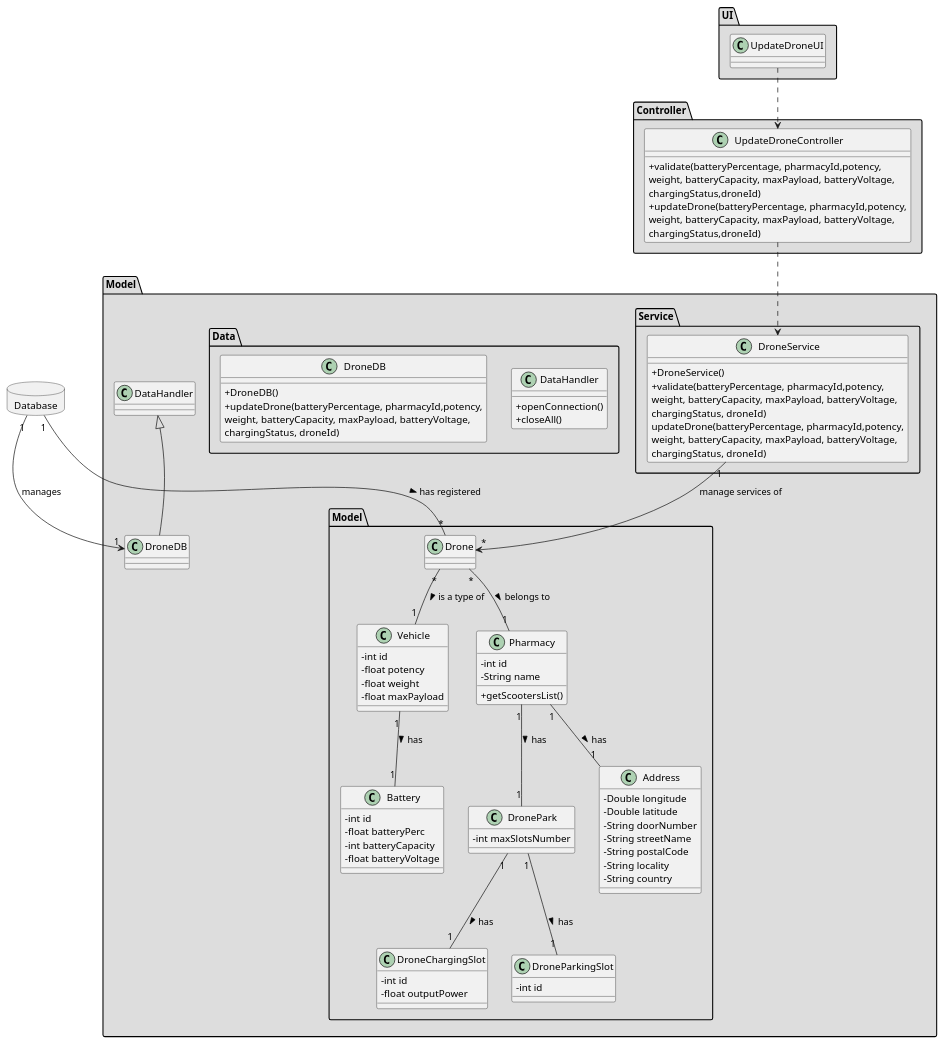
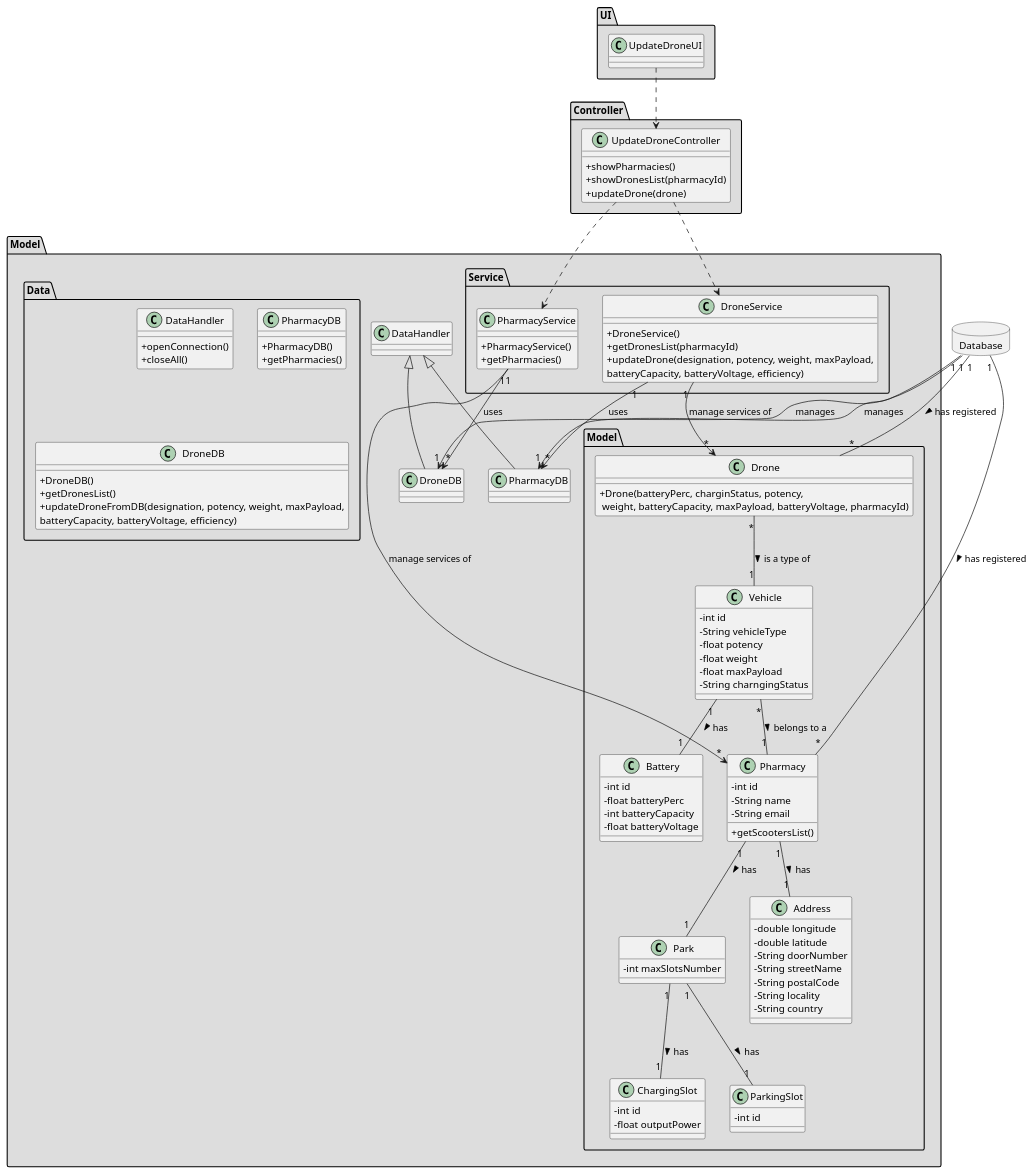
One commit to tiagoavcosta25/LAPR3 changed the diagram in docs/Iteration 3/Drone Management/Refinement/US195_UpdateDrone/US195_CD.puml. Above: the diagram before and after it, drawn with PlantUML. The commit also changed 16 other files, not shown here.

```diff
--- a/docs/Iteration 3/Drone Management/Refinement/US195_UpdateDrone/US195_CD.puml
+++ b/docs/Iteration 3/Drone Management/Refinement/US195_UpdateDrone/US195_CD.puml
@@ -1,109 +1,130 @@
 @startuml
 skinparam classAttributeIconSize 0
 
 database Database {
 }
 
 package "UI" #DDDDDD {
 class UpdateDroneUI{
 }
 }
 
 package "Controller" #DDDDDD {
 class UpdateDroneController{
-+validate(batteryPercentage, pharmacyId,potency,\nweight, batteryCapacity, maxPayload, batteryVoltage, \nchargingStatus,droneId)
-+updateDrone(batteryPercentage, pharmacyId,potency,\nweight, batteryCapacity, maxPayload, batteryVoltage, \nchargingStatus,droneId)
++showPharmacies()
++showDronesList(pharmacyId)
++updateDrone(drone)
 }
 }
 
 
 package "Model" #DDDDDD {
  package "Service" #DDDDDD {
+  class PharmacyService{
+      +PharmacyService()
+      +getPharmacies()
+  }
 
   class DroneService{
       +DroneService()
-+validate(batteryPercentage, pharmacyId,potency,\nweight, batteryCapacity, maxPayload, batteryVoltage, \nchargingStatus, droneId)
-updateDrone(batteryPercentage, pharmacyId,potency,\nweight, batteryCapacity, maxPayload, batteryVoltage, \nchargingStatus, droneId)
+      +getDronesList(pharmacyId)
+      +updateDrone(designation, potency, weight, maxPayload,\nbatteryCapacity, batteryVoltage, efficiency)
    }
 }
 
 package "Model" #DDDDDD {
-class DronePark{
+class Park{
 -   int maxSlotsNumber
 }
 
-class DroneChargingSlot{
+class ChargingSlot{
 -   int id
 -   float outputPower
 }
 
-class DroneParkingSlot{
+class ParkingSlot{
 -   int id
 }
 
 class Drone{
++Drone(batteryPerc, charginStatus, potency,\n weight, batteryCapacity, maxPayload, batteryVoltage, pharmacyId)
 
 }
 
 class Vehicle{
   -int id
+  -String vehicleType
   -float potency
   -float weight
   -float maxPayload
+  -String charngingStatus
 }
 
 class Battery{
   -int id
   -float batteryPerc
   -int batteryCapacity
   -float batteryVoltage
 }
 
 class Address{
-  -Double longitude
-  -Double latitude
+  -double longitude
+  -double latitude
   -String doorNumber
   -String streetName
   -String postalCode
   -String locality
   -String country
 }
 
 class Pharmacy {
   -int id
   -String name
+-   String email
   +getScootersList()
 }
 }
 
 
 package "Data" #DDDDDD {
 class DataHandler{
     +openConnection()
     +closeAll()
 }
+class PharmacyDB{
+     +PharmacyDB()
+     +getPharmacies()
+ }
 
  class DroneDB{
      +DroneDB()
-+updateDrone(batteryPercentage, pharmacyId,potency,\nweight, batteryCapacity, maxPayload, batteryVoltage, \nchargingStatus, droneId)
+     +getDronesList()
+     +updateDroneFromDB(designation, potency, weight, maxPayload,\nbatteryCapacity, batteryVoltage, efficiency)
   }
 }
 
+class PharmacyDB extends DataHandler
 class DroneDB extends DataHandler
 
 UpdateDroneUI ..> UpdateDroneController
+UpdateDroneController ..> PharmacyService
 UpdateDroneController ..> DroneService
+Database "1" --> "1" PharmacyDB : manages
 Database "1" --> "1" DroneDB : manages
+DroneService "1" --> "*" PharmacyDB : uses
+PharmacyService "1" --> "*" DroneDB : uses
+PharmacyService "1" --> "*" Pharmacy : manage services of
 DroneService "1" --> "*" Drone : manage services of
 
+Database "1" -- "*" Pharmacy : has registered >
 Database "1" -- "*" Drone : has registered >
 
 Vehicle "1" -- "1" Battery : has >
+Vehicle "*" -- "1" Pharmacy : belongs to a >
 Drone "*" -- "1" Vehicle : is a type of >
-Drone "*" -- "1" Pharmacy : belongs to >
 Pharmacy "1" -- "1" Address : has >
-Pharmacy "1" -- "1" DronePark : has >
-DronePark "1" -- "1" DroneChargingSlot : has >
-DronePark "1" -- "1" DroneParkingSlot : has >
+Pharmacy "1" -- "1" Park : has >
+Park "1" -- "1" ChargingSlot : has >
+Park "1" -- "1" ParkingSlot : has >
 
 @enduml
```
